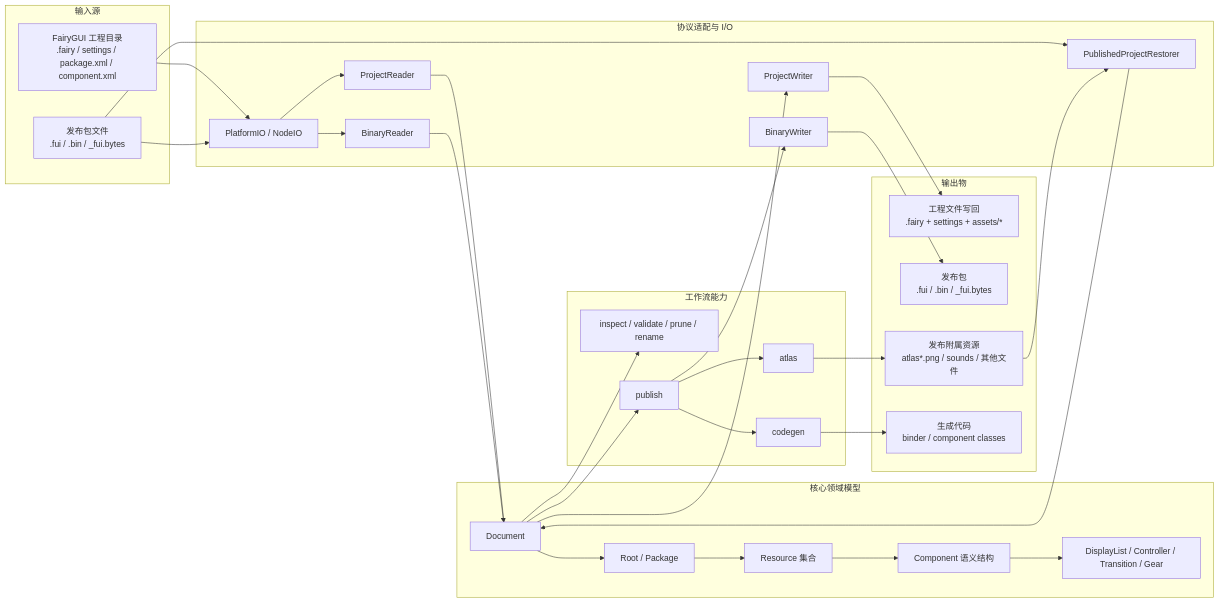
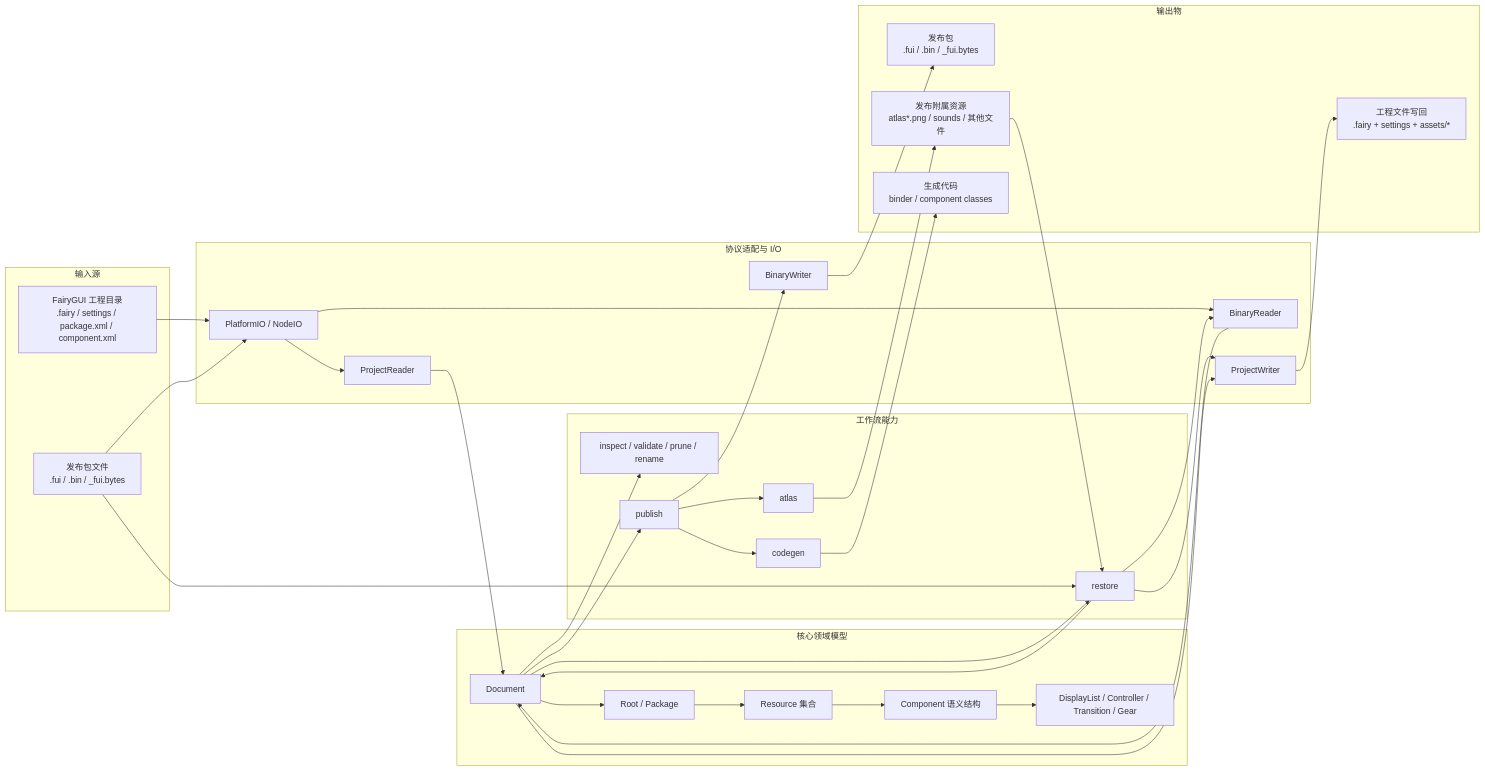
One commit to OpenFairyGUI/OpenFairyGUI changed the first of 2 diagrams in docs/architecture-overview.md. Above: the diagram before and after it, drawn with Mermaid. The commit also changed other lines of this file and 9 other files, not shown here.

First line of the commit message:
test: add comprehensive tests for restore functionality in published projects

````diff
--- a/docs/architecture-overview.md
+++ b/docs/architecture-overview.md
@@ -8,57 +8,60 @@
 ```mermaid
 flowchart LR
     subgraph IN["输入源"]
         PROJ["FairyGUI 工程目录<br/>.fairy / settings / package.xml / component.xml"]
         PACK["发布包文件<br/>.fui / .bin / _fui.bytes"]
     end
 
     subgraph IO["协议适配与 I/O"]
         FS["PlatformIO / NodeIO"]
         PR["ProjectReader"]
         BR["BinaryReader"]
-        RST["PublishedProjectRestorer"]
         PW["ProjectWriter"]
         BW["BinaryWriter"]
     end
 
     subgraph DOMAIN["核心领域模型"]
         DOC["Document"]
         ROOT["Root / Package"]
         RES["Resource 集合"]
         COMP["Component 语义结构"]
         UI["DisplayList / Controller / Transition / Gear"]
     end
 
     subgraph WF["工作流能力"]
         OPS["inspect / validate / prune / rename"]
         PUB["publish"]
+        RST["restore"]
         ATLAS["atlas"]
         CG["codegen"]
     end
 
     subgraph OUT["输出物"]
         PROJOUT["工程文件写回<br/>.fairy + settings + assets/*"]
         BIN["发布包<br/>.fui / .bin / _fui.bytes"]
         ART["发布附属资源<br/>atlas*.png / sounds / 其他文件"]
         CODEOUT["生成代码<br/>binder / component classes"]
     end
 
     PROJ --> FS --> PR --> DOC
     PACK --> FS --> BR --> DOC
     PACK --> RST
     ART --> RST
     RST --> DOC
 
     DOC --> ROOT --> RES --> COMP --> UI
     DOC --> OPS
     DOC --> PUB
+    DOC --> RST
     PUB --> ATLAS
     PUB --> BW
     PUB --> CG
+    RST --> BR
+    RST --> PW
 
     DOC --> PW
     PW --> PROJOUT
     BW --> BIN
     ATLAS --> ART
     CG --> CODEOUT
 ```
````
